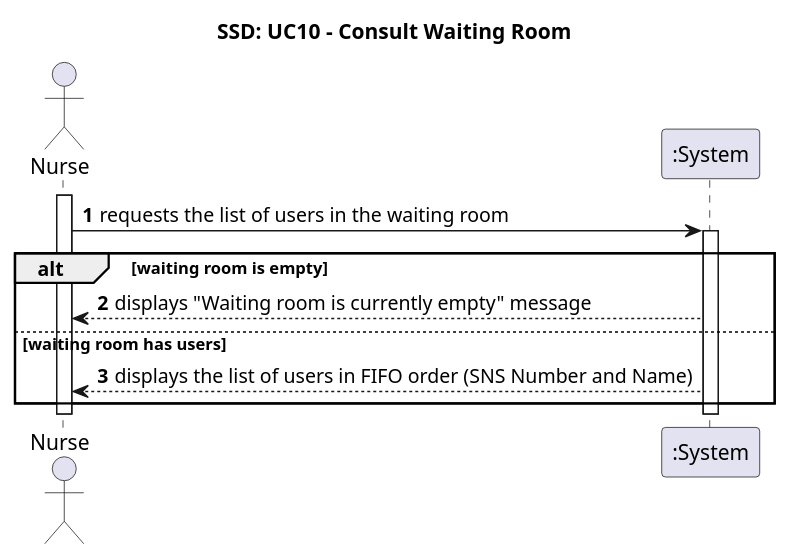
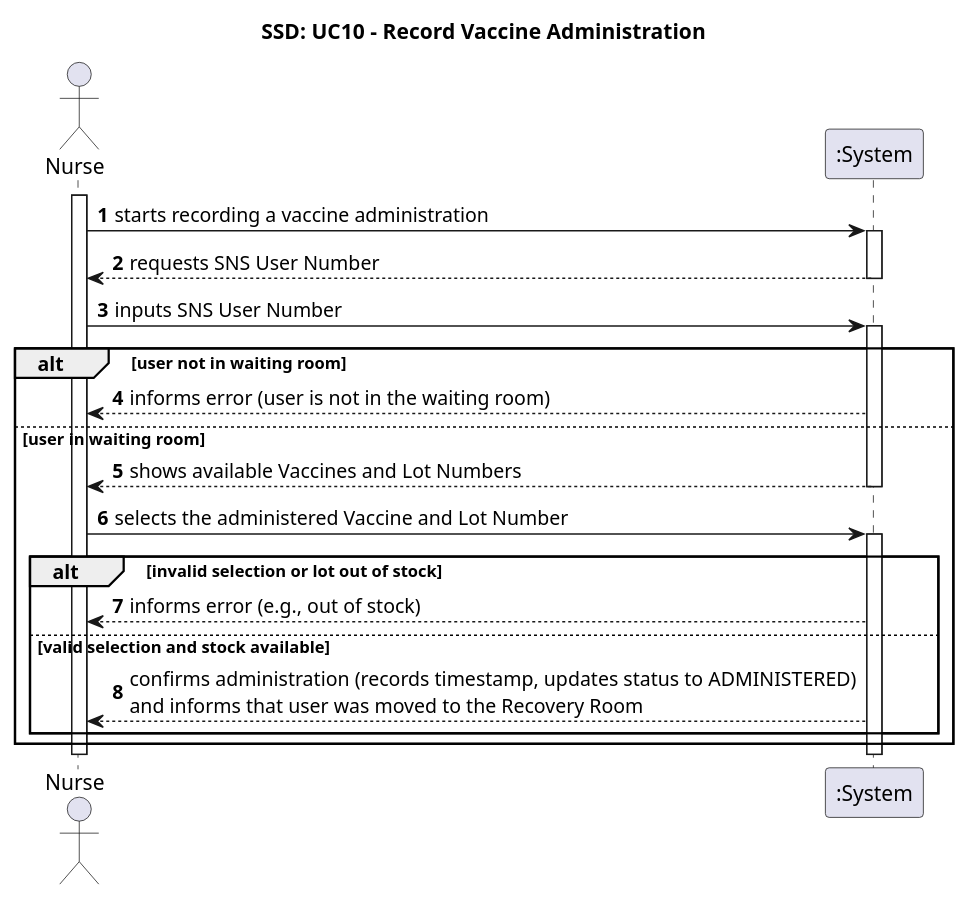
The diagram in Documentation/Use Cases/UC10/puml/UC10-SSD.puml (Andre-1240567/fsoft2026_1DD_1), drawn with PlantUML before and after one commit. The commit also changed 36 other files, not shown here.

```diff
--- a/Documentation/Use Cases/UC10/puml/UC10-SSD.puml
+++ b/Documentation/Use Cases/UC10/puml/UC10-SSD.puml
@@ -1,21 +1,36 @@
-@startuml SSD_ConsultWaitingRoom
-title SSD: UC10 - Consult Waiting Room
+@startuml SSD_RecordVaccineAdministration
+title SSD: UC10 - Record Vaccine Administration
 
 actor "Nurse" as Nurse
 participant ":System" as System
 
 autonumber
 activate Nurse
 
-Nurse -> System: requests the list of users in the waiting room
+Nurse -> System: starts recording a vaccine administration
+activate System
+System --> Nurse: requests SNS User Number
+deactivate System
+
+Nurse -> System: inputs SNS User Number
 activate System
 
-alt waiting room is empty
-    System --> Nurse: displays "Waiting room is currently empty" message
-else waiting room has users
-    System --> Nurse: displays the list of users in FIFO order (SNS Number and Name)
+alt user not in waiting room
+    System --> Nurse: informs error (user is not in the waiting room)
+else user in waiting room
+    System --> Nurse: shows available Vaccines and Lot Numbers
+    deactivate System
+
+    Nurse -> System: selects the administered Vaccine and Lot Number
+    activate System
+
+    alt invalid selection or lot out of stock
+        System --> Nurse: informs error (e.g., out of stock)
+    else valid selection and stock available
+        System --> Nurse: confirms administration (records timestamp, updates status to ADMINISTERED)\nand informs that user was moved to the Recovery Room
+    end
 end
 
 deactivate System
 deactivate Nurse
 @enduml
```
